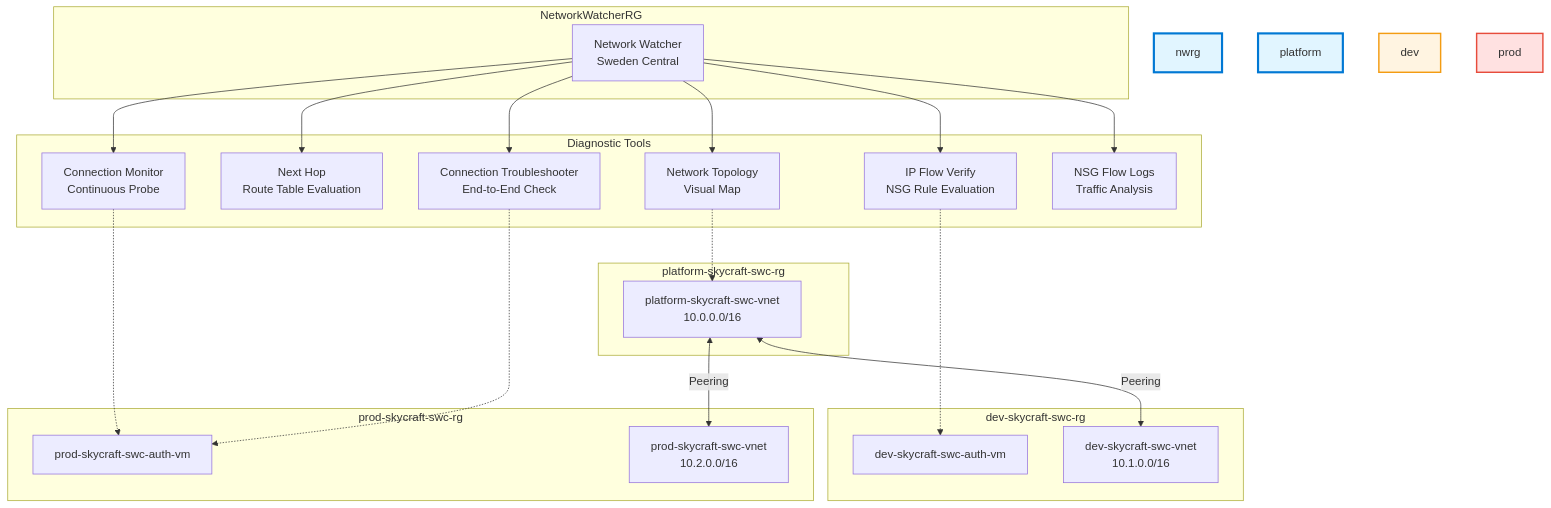
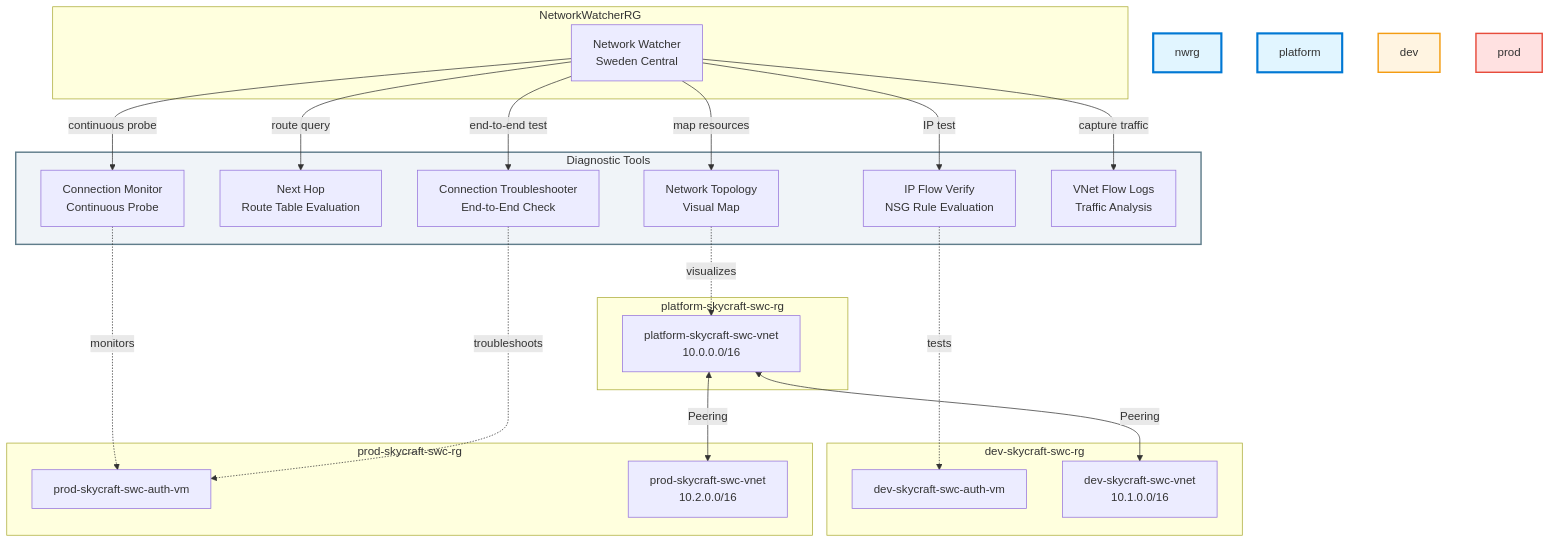
Before and after one commit to mbiszczanik/skycraft: the diagram in module-5-monitoring-maintenance/5.3-network-monitoring/lab-guide-5.3.md, drawn with Mermaid. The commit also changed other lines of this file and 32 other files, not shown here.

````diff
--- a/module-5-monitoring-maintenance/5.3-network-monitoring/lab-guide-5.3.md
+++ b/module-5-monitoring-maintenance/5.3-network-monitoring/lab-guide-5.3.md
@@ -21,47 +21,48 @@
 ```mermaid
 graph TB
     subgraph "NetworkWatcherRG"
         style nwrg fill:#e1f5ff,stroke:#0078d4,stroke-width:3px
         NW["Network Watcher<br/>Sweden Central"]
     end
 
-    subgraph "Diagnostic Tools"
+    subgraph dt["Diagnostic Tools"]
+        style dt fill:#f0f4f8,stroke:#607d8b,stroke-width:2px
         IPF["IP Flow Verify<br/>NSG Rule Evaluation"]
         NH["Next Hop<br/>Route Table Evaluation"]
         CT["Connection Troubleshooter<br/>End-to-End Check"]
         CM["Connection Monitor<br/>Continuous Probe"]
         TOPO["Network Topology<br/>Visual Map"]
-        FL["NSG Flow Logs<br/>Traffic Analysis"]
+        FL["VNet Flow Logs<br/>Traffic Analysis"]
     end
 
     subgraph "platform-skycraft-swc-rg"
         style platform fill:#e1f5ff,stroke:#0078d4,stroke-width:3px
         VNET_Hub["platform-skycraft-swc-vnet<br/>10.0.0.0/16"]
     end
 
     subgraph "dev-skycraft-swc-rg"
         style dev fill:#fff4e1,stroke:#f39c12,stroke-width:2px
         VM_Dev["dev-skycraft-swc-auth-vm"]
         VNET_Dev["dev-skycraft-swc-vnet<br/>10.1.0.0/16"]
     end
 
     subgraph "prod-skycraft-swc-rg"
         style prod fill:#ffe1e1,stroke:#e74c3c,stroke-width:2px
         VM_Prod["prod-skycraft-swc-auth-vm"]
         VNET_Prod["prod-skycraft-swc-vnet<br/>10.2.0.0/16"]
     end
 
-    NW --> IPF
-    NW --> NH
-    NW --> CT
-    NW --> CM
-    NW --> TOPO
-    NW --> FL
+    NW -->|"IP test"| IPF
+    NW -->|"route query"| NH
+    NW -->|"end-to-end test"| CT
+    NW -->|"continuous probe"| CM
+    NW -->|"map resources"| TOPO
+    NW -->|"capture traffic"| FL
 
-    IPF -.-> VM_Dev
-    CM -.-> VM_Prod
-    CT -.-> VM_Prod
-    TOPO -.-> VNET_Hub
+    IPF -.->|"tests"| VM_Dev
+    CM -.->|"monitors"| VM_Prod
+    CT -.->|"troubleshoots"| VM_Prod
+    TOPO -.->|"visualizes"| VNET_Hub
     VNET_Hub <-->|"Peering"| VNET_Dev
     VNET_Hub <-->|"Peering"| VNET_Prod
 ```
````
